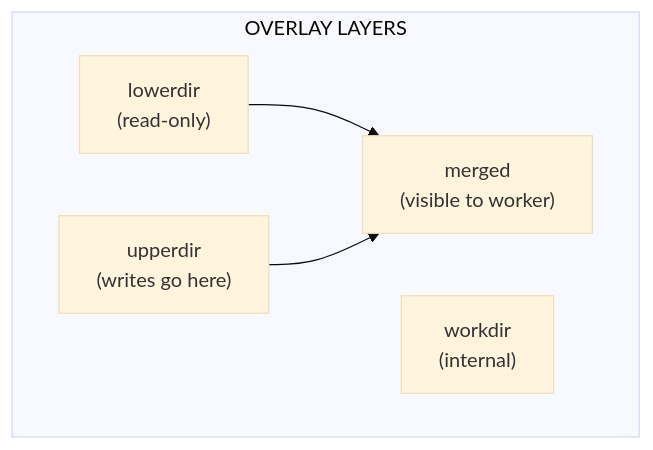
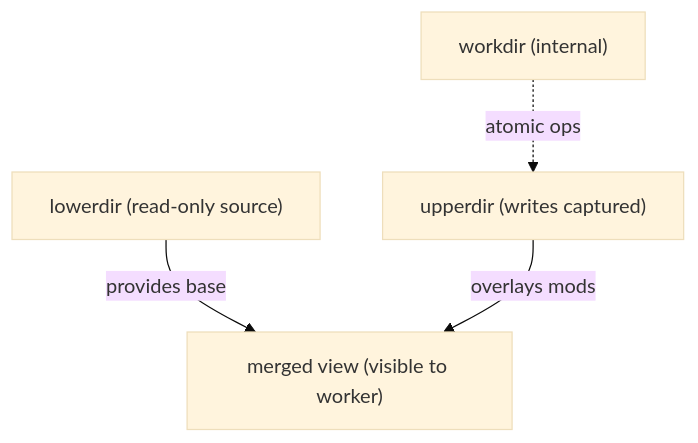
One commit to NikkeTryHard/tach-core changed the third of 5 diagrams in docs/architecture/isolation.md. Above: the diagram before and after it, drawn with Mermaid (base theme). The commit also changed other lines of this file and 34 other files, not shown here.

````diff
--- a/docs/architecture/isolation.md
+++ b/docs/architecture/isolation.md
@@ -74,12 +169,11 @@
 ```mermaid
 flowchart TB
-    subgraph Layers["OVERLAY LAYERS"]
-        Lower["lowerdir<br/>(read-only)"]
-        Upper["upperdir<br/>(writes go here)"]
-        Work["workdir<br/>(internal)"]
-        Merged["merged<br/>(visible to worker)"]
-    end
+    Lower["lowerdir (read-only source)"]
+    Upper["upperdir (writes captured)"]
+    Work["workdir (internal)"]
+    Merged["merged view (visible to worker)"]
 
-    Lower --> Merged
-    Upper --> Merged
+    Lower -->|"provides base"| Merged
+    Upper -->|"overlays mods"| Merged
+    Work -.->|"atomic ops"| Upper
 ```
````
